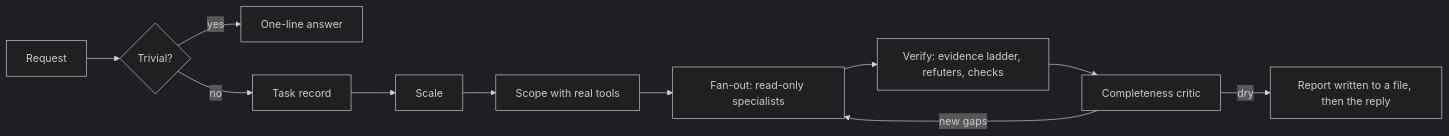
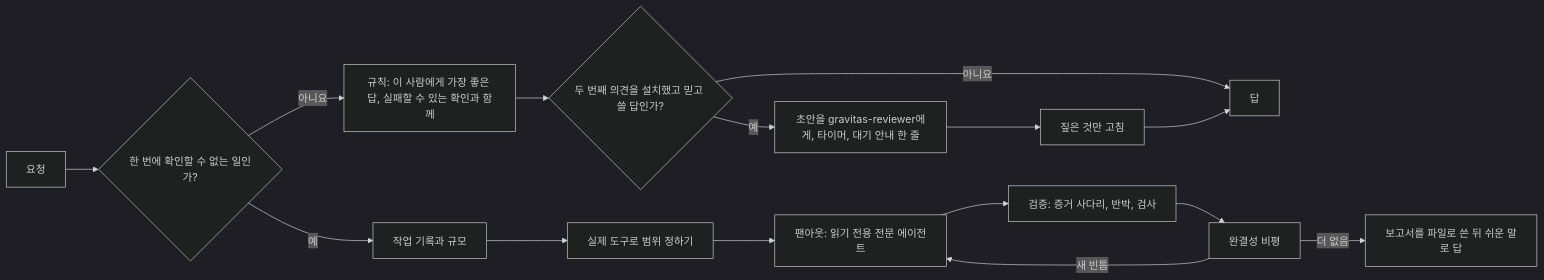
Before and after one commit to Emily2040/gravitas: the diagram in README.ko.md, drawn with Mermaid (dark theme). The commit also changed other lines of this file and 315 other files, not shown here.

````diff
--- a/README.ko.md
+++ b/README.ko.md
@@ -182,13 +851,17 @@
 ```mermaid
 flowchart LR
-  A[Request] --> B{Trivial?}
-  B -- yes --> Z[One-line answer]
-  B -- no --> C[Task record]
-  C --> D[Scale]
-  D --> E[Scope with real tools]
-  E --> F[Fan-out: read-only specialists]
-  F --> G[Verify: evidence ladder, refuters, checks]
-  G --> H[Completeness critic]
-  H -- new gaps --> F
-  H -- dry --> I[Report written to a file, then the reply]
+  A[요청] --> B{한 번에 확인할 수 없는 일인가?}
+  B -- 아니요 --> C[규칙: 이 사람에게 가장 좋은 답, 실패할 수 있는 확인과 함께]
+  C --> D{두 번째 의견을 설치했고 믿고 쓸 답인가?}
+  D -- 아니요 --> R[답]
+  D -- 예 --> E[초안을 gravitas-reviewer에게, 타이머, 대기 안내 한 줄]
+  E --> F[짚은 것만 고침]
+  F --> R
+  B -- 예 --> G[작업 기록과 규모]
+  G --> H[실제 도구로 범위 정하기]
+  H --> I[팬아웃: 읽기 전용 전문 에이전트]
+  I --> J[검증: 증거 사다리, 반박, 검사]
+  J --> K[완결성 비평]
+  K -- 새 빈틈 --> I
+  K -- 더 없음 --> L[보고서를 파일로 쓴 뒤 쉬운 말로 답]
 ```
````
